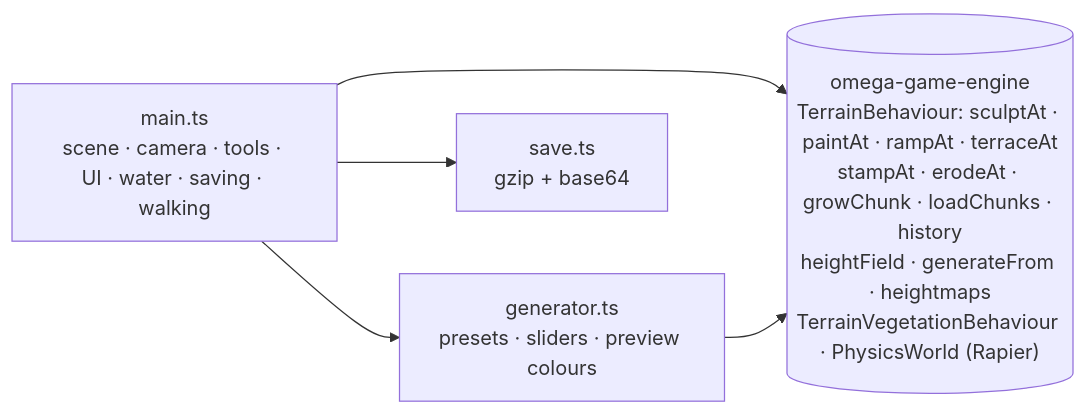
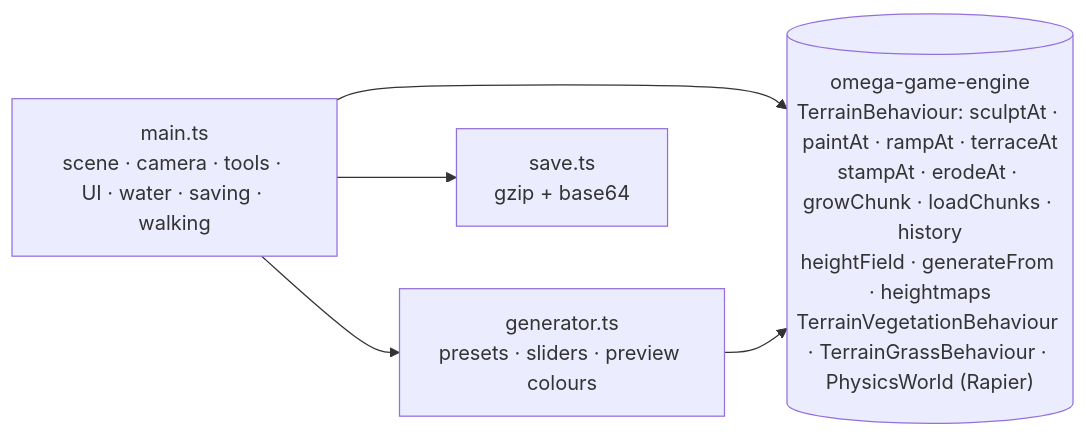
The diagram in src/terrain/README.md (tugapse/omega-games), drawn with Mermaid before and after one commit. The commit also changed other lines of this file and 8 other files, not shown here.

````diff
--- a/src/terrain/README.md
+++ b/src/terrain/README.md
@@ -129,9 +142,9 @@
 ```mermaid
 flowchart LR
   main["main.ts<br/>scene · camera · tools · UI · water · saving · walking"]
   gen["generator.ts<br/>presets · sliders · preview colours"]
   save["save.ts<br/>gzip + base64"]
-  engine[("omega-game-engine<br/>TerrainBehaviour: sculptAt · paintAt · rampAt · terraceAt<br/>stampAt · erodeAt · growChunk · loadChunks · history<br/>heightField · generateFrom · heightmaps<br/>TerrainVegetationBehaviour · PhysicsWorld (Rapier)")]
+  engine[("omega-game-engine<br/>TerrainBehaviour: sculptAt · paintAt · rampAt · terraceAt<br/>stampAt · erodeAt · growChunk · loadChunks · history<br/>heightField · generateFrom · heightmaps<br/>TerrainVegetationBehaviour · TerrainGrassBehaviour · PhysicsWorld (Rapier)")]
   main --> gen & save
   main & gen --> engine
 ```
````
